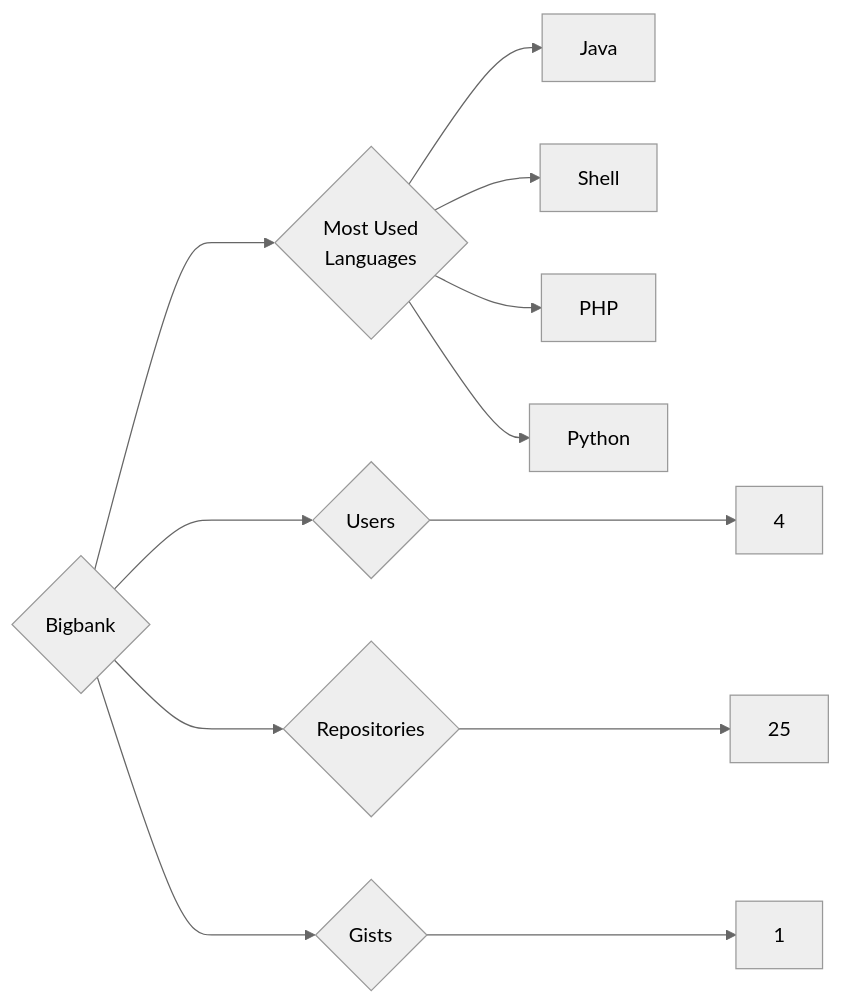
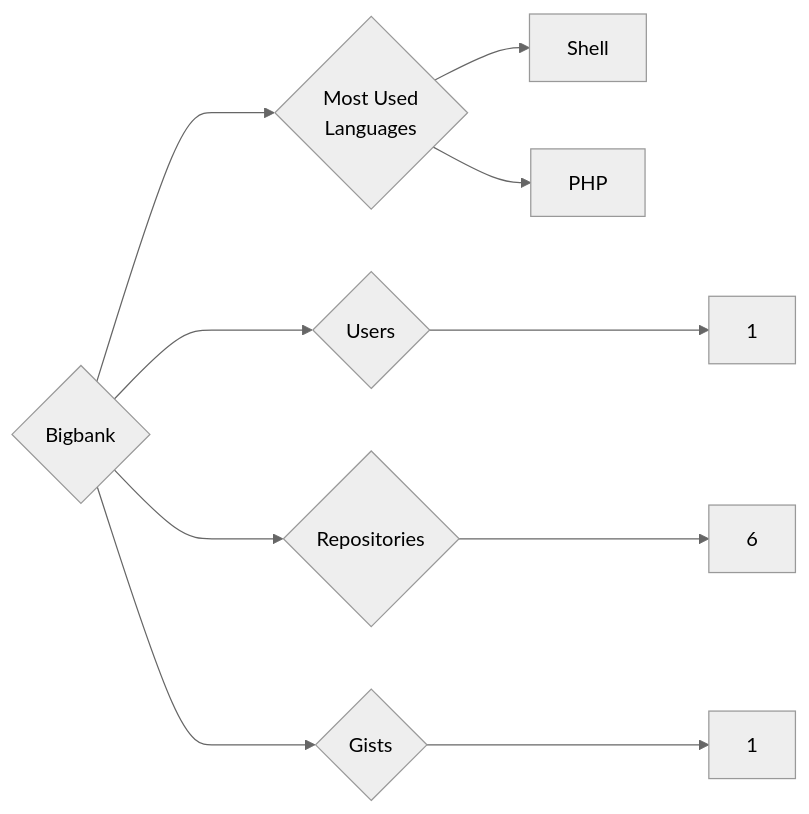
One commit to trickest/insiders changed the diagram in targets/Bigbank/README.md. Above: the diagram before and after it, drawn with Mermaid (neutral theme). The commit also changed 874 other files, not shown here.

````diff
--- a/targets/Bigbank/README.md
+++ b/targets/Bigbank/README.md
@@ -3,12 +3,10 @@
 ```mermaid
 graph LR
 COMPANY_NAME{Bigbank}
-COMPANY_NAME ---> U{Users} ---> UN[4]
-COMPANY_NAME ---> R{Repositories} ---> RN[25]
+COMPANY_NAME ---> U{Users} ---> UN[1]
+COMPANY_NAME ---> R{Repositories} ---> RN[6]
 COMPANY_NAME ---> G{Gists} ---> GN[1]
 COMPANY_NAME ---> ML{Most Used<br>Languages}
-ML --> Java[Java]
 ML --> Shell[Shell]
 ML --> PHP[PHP]
-ML --> Python[Python]
 ```
````
